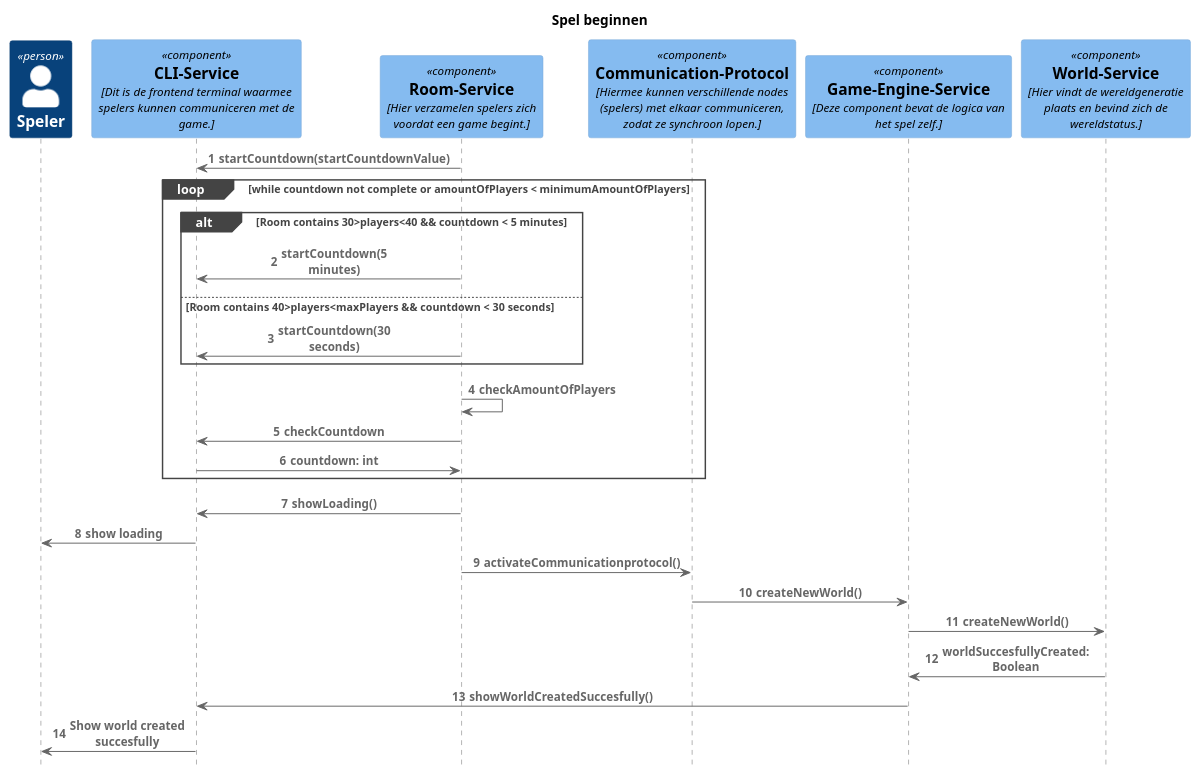
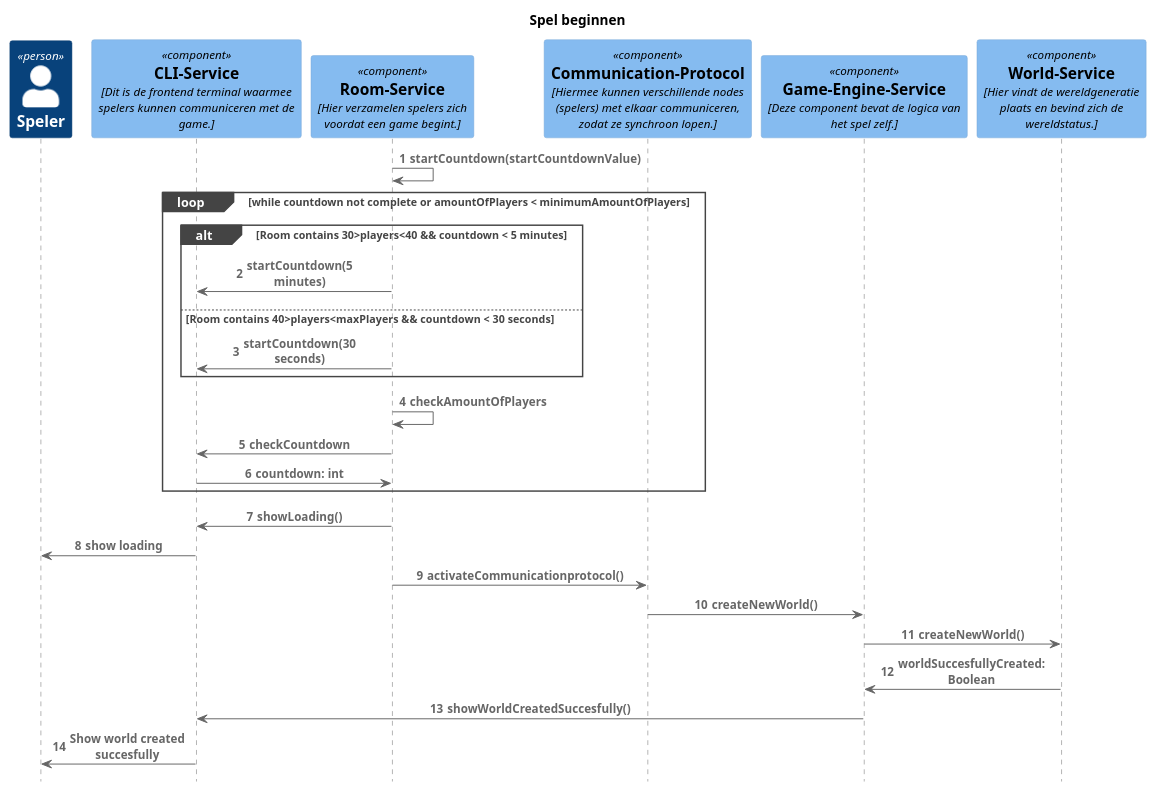
One commit to DaanBannaan/SAD-sequentie changed the diagram in SpelBeginnen.puml. Above: the diagram before and after it, drawn with PlantUML. The commit also changed 1 other file, not shown here.

Commit message:
diagrammen aangepast aan top down

```diff
--- a/SpelBeginnen.puml
+++ b/SpelBeginnen.puml
@@ -1,62 +1,62 @@
 @startuml
 !include https://raw.githubusercontent.com/plantuml-stdlib/C4-PlantUML/master/C4_Sequence.puml
 
 autonumber
 
 'Person(user, "Speler")
 'Component(configuration, "Configuration-Service", "Hier kan het gedrag van een agent aangepast worden en kunnen nieuwe modules toegevoegd worden.")
 'Component(world, "World-Service", "Hier vindt de wereldgeneratie plaats en bevind zich de wereldstatus.")
 'Component(engine, "Game-Engine-Service", "Deze component bevat de logica van het spel zelf.")
 'Component(agent, "Agent-Service", "Deze component bevat de logica van een agent.")
 'Component(player, "Player-Service", "Deze component bevat de logica van een karakter.")
 'Component(monster, "Monster-Service", "Deze component bevat de logica van een monster.")
 'Component(save, "Save-and-Load-Service", "Deze component regelt het laden en opslaan van het spel.")
 'Component(communication, "Communication-Protocol", "Hiermee kunnen verschillende nodes (spelers) met elkaar communiceren, zodat ze synchroon lopen.")
 'Component(cli, "CLI-Service", "Dit is de frontend terminal waarmee spelers kunnen communiceren met de game.")
 'Component(chat, "Chat-Service", "Via dit component kunnen spelers met elkaar chatten.")
 'Component(logging, "Logging-Service", "Hier worden CPU gebruik, RAM gebruik, aantal spelers, netwerkvertraging, connecties, gevechten, agent-overnames, fouten en saves gelogd.")
 'Component(room, "Room-Service", "Hier verzamelen spelers zich voordat een game begint.")
 
 title Spel beginnen
 
 Person(user, "Speler")
 Component(cli, "CLI-Service", "Dit is de frontend terminal waarmee spelers kunnen communiceren met de game.")
 Component(room, "Room-Service", "Hier verzamelen spelers zich voordat een game begint.")
 Component(communication, "Communication-Protocol", "Hiermee kunnen verschillende nodes (spelers) met elkaar communiceren, zodat ze synchroon lopen.")
 Component(engine, "Game-Engine-Service", "Deze component bevat de logica van het spel zelf.")
 Component(world, "World-Service", "Hier vindt de wereldgeneratie plaats en bevind zich de wereldstatus.")
 
-Rel(room, cli, "startCountdown(startCountdownValue)")
+Rel(room, room, "startCountdown(startCountdownValue)")
 loop while countdown not complete or amountOfPlayers < minimumAmountOfPlayers
 
 alt Room contains 30>players<40 && countdown < 5 minutes
 Rel(room, cli, "startCountdown(5 minutes)")
 else Room contains 40>players<maxPlayers  && countdown < 30 seconds
 Rel(room, cli, "startCountdown(30 seconds)")
 end
 Rel(room, room, "checkAmountOfPlayers")
 Rel(room, cli, "checkCountdown")
 Rel(cli, room, "countdown: int")
 end loop
 
 Rel(room, cli, "showLoading()")
 Rel(cli, user, "show loading")
 Rel(room, communication, "activateCommunicationprotocol()")
 Rel(communication, engine, "createNewWorld()")
 Rel(engine, world, "createNewWorld()")
 Rel(world, engine, "worldSuccesfullyCreated: Boolean")
 Rel(engine, cli, "showWorldCreatedSuccesfully()")
 Rel(cli, user, "Show world created succesfully")
 
 
 
 
 
 
 
 
 
 
 
 
 @enduml
```
